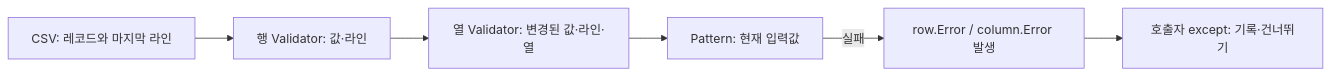
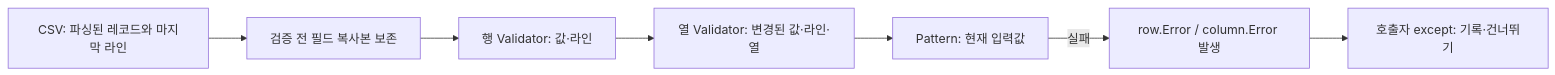
The fourth of 4 diagrams in docs/README.md (yong5eon/csvd2c), drawn with Mermaid before and after one commit. The commit also changed other lines of this file and 25 other files, not shown here.

````diff
--- a/docs/README.md
+++ b/docs/README.md
@@ -294,8 +294,9 @@
 ```mermaid
 flowchart LR
-  CSV["CSV: 레코드와 마지막 라인"] --> Row["행 Validator: 값·라인"]
+  CSV["CSV: 파싱된 레코드와 마지막 라인"] --> Snapshot["검증 전 필드 복사본 보존"]
+  Snapshot --> Row["행 Validator: 값·라인"]
   Row --> Col["열 Validator: 변경된 값·라인·열"]
   Col --> Pattern["Pattern: 현재 입력값"]
   Pattern -- 실패 --> Raise["row.Error / column.Error 발생"]
   Raise --> Caller["호출자 except: 기록·건너뛰기"]
 ```
````
